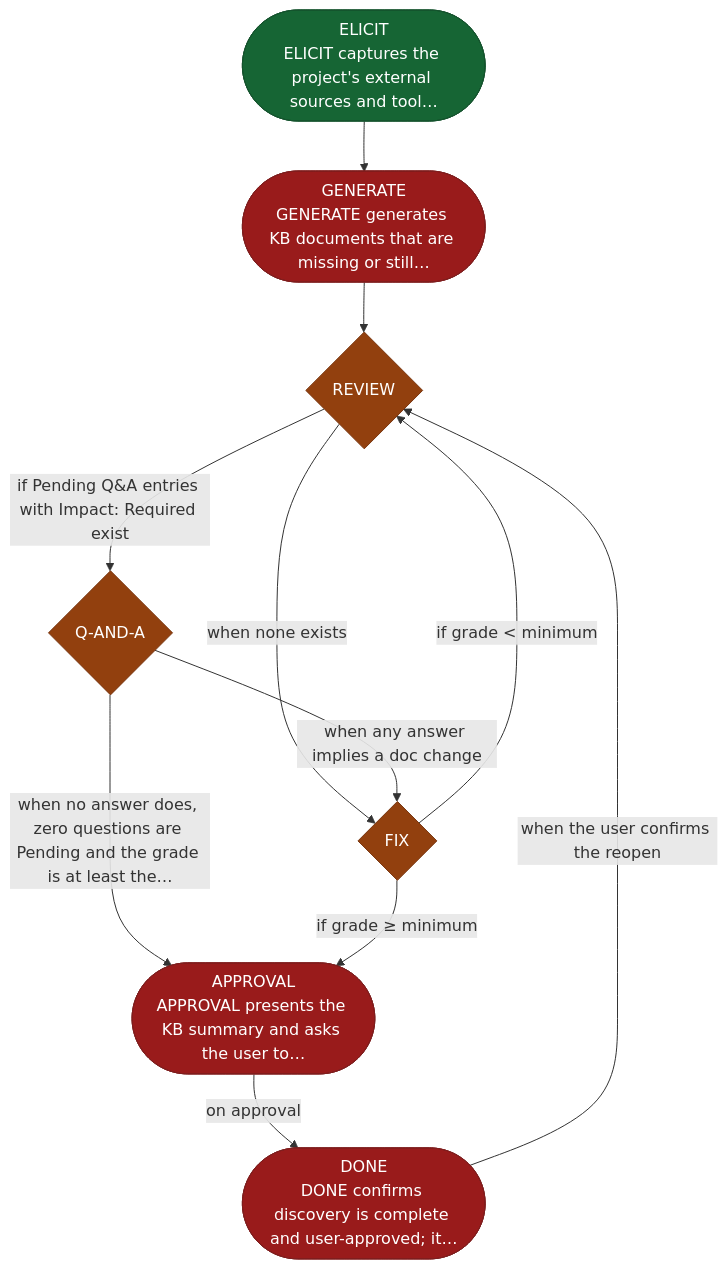
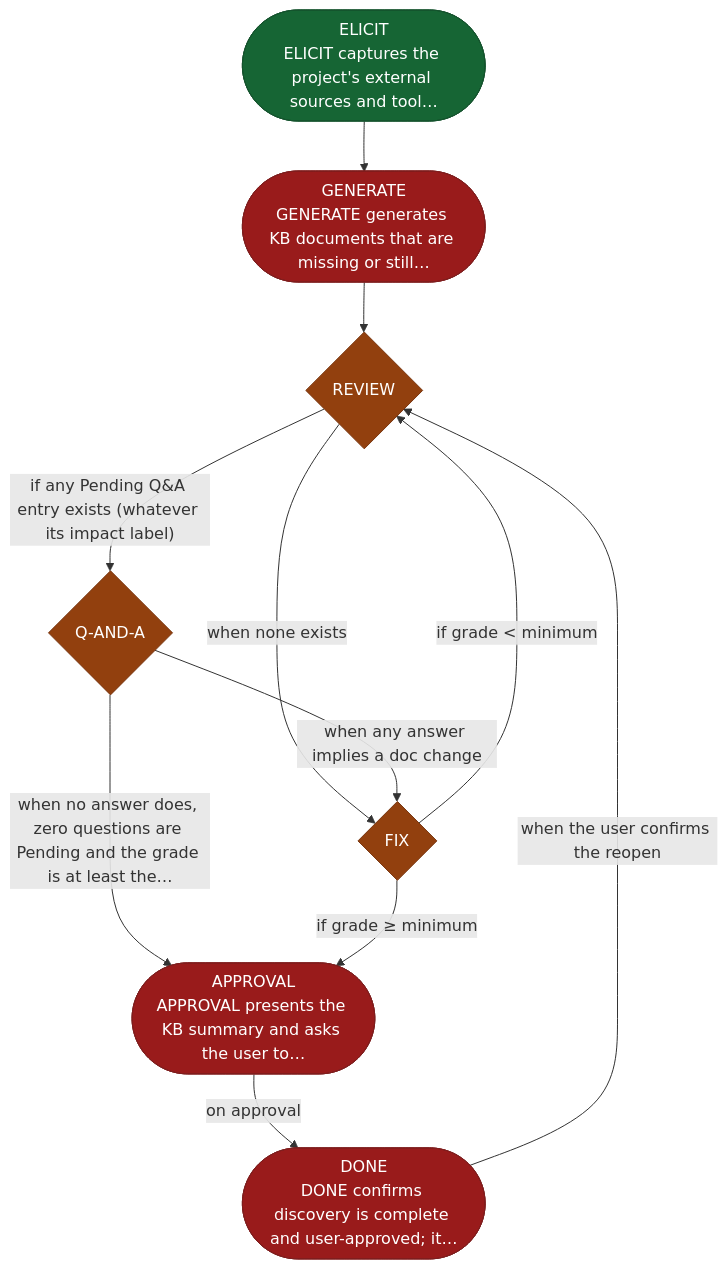
One commit to AndreVianna/aid-methodology changed the diagram in site/src/content/docs/skills/aid-discover.md. Above: the diagram before and after it, drawn with Mermaid. The commit also changed other lines of this file and 165 other files, not shown here.

````diff
--- a/site/src/content/docs/skills/aid-discover.md
+++ b/site/src/content/docs/skills/aid-discover.md
@@ -20,40 +20,40 @@
 ```mermaid
 flowchart TB
   classDef aidNode color:#fff
   classDef aidEntry fill:#166534,stroke:#14532d,color:#fff
   classDef aidExit fill:#991b1b,stroke:#7f1d1d,color:#fff
   classDef aidDecision fill:#92400e,stroke:#78350f,color:#fff
   classDef aidLoopBack fill:#1e3a8a,stroke:#1e3a8a,color:#fff
   classDef aidStep fill:#1a2035,stroke:#d4a853,color:#f1f5f9
   n1(["ELICIT<br/>ELICIT captures the project's external sources and tool…"])
   n2(["GENERATE<br/>GENERATE generates KB documents that are missing or still…"])
   n3{"REVIEW"}
   n4{"Q-AND-A"}
   n5{"FIX"}
   n6(["APPROVAL<br/>APPROVAL presents the KB summary and asks the user to…"])
   n7(["DONE<br/>DONE confirms discovery is complete and user-approved; it…"])
   n1 --> n2
   n2 --> n3
-  n3 -->|"if Pending Q&amp;A entries with Impact: Required exist"| n4
+  n3 -->|"if any Pending Q&amp;A entry exists (whatever its impact label)"| n4
   n3 -->|"when none exists"| n5
   n4 -->|"when any answer implies a doc change"| n5
   n4 -->|"when no answer does, zero questions are Pending and the grade is at least the…"| n6
   n5 -->|"if grade &lt; minimum"| n3
   n5 -->|"if grade ≥ minimum"| n6
   n6 -->|"on approval"| n7
   n7 -->|"when the user confirms the reopen"| n3
   class n1 aidEntry
   class n2 aidExit
   class n3 aidDecision
   class n4 aidDecision
   class n5 aidDecision
   class n6 aidExit
   class n7 aidExit
   class n1 aidNode
   class n2 aidNode
   class n3 aidNode
   class n4 aidNode
   class n5 aidNode
   class n6 aidNode
   class n7 aidNode
 ```
````
